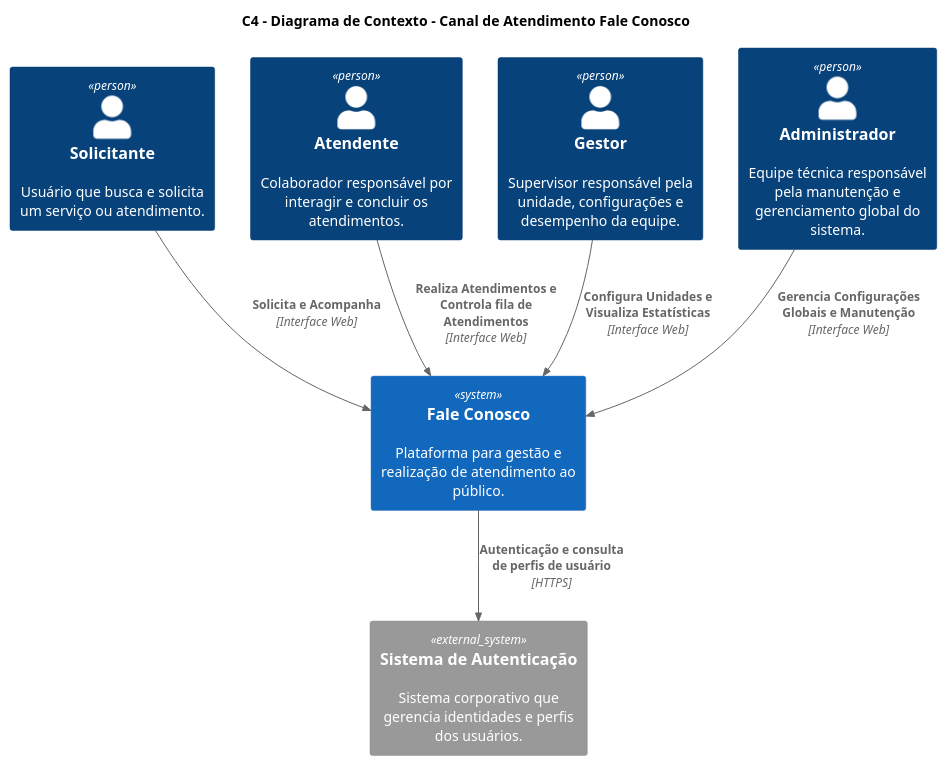
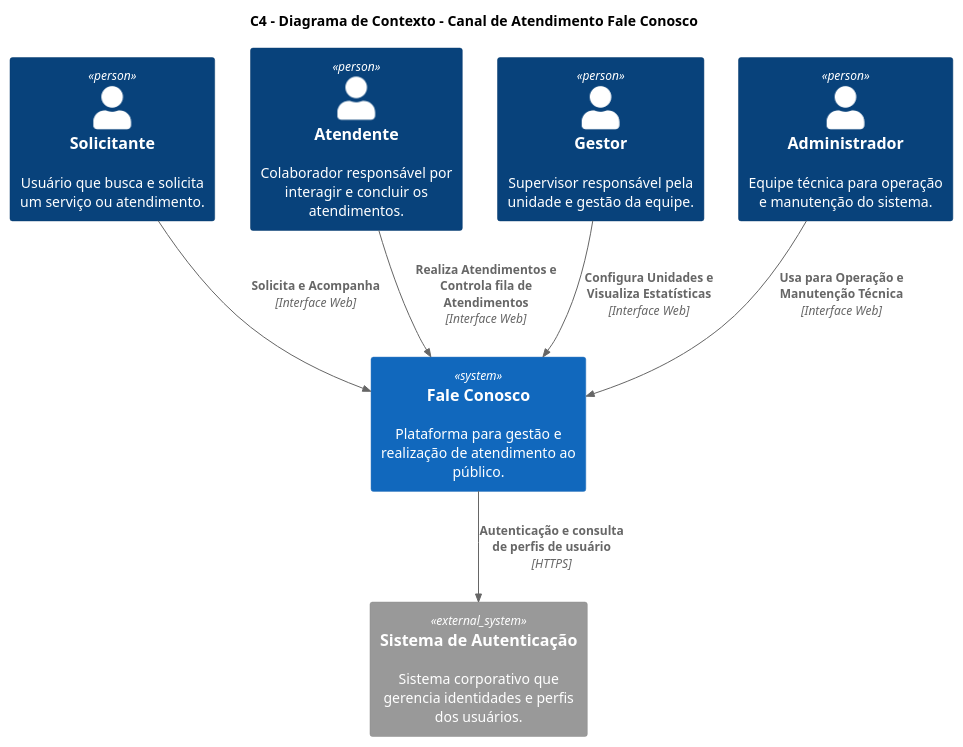
Before and after one commit to DeMesquita/Projeto-Software: the diagram in Trabalho Final/diagrama_contexto.puml, drawn with PlantUML. The commit also changed 4 other files, not shown here.

```diff
--- a/Trabalho Final/diagrama_contexto.puml
+++ b/Trabalho Final/diagrama_contexto.puml
@@ -1,26 +1,26 @@
 @startumlCanalAtendimentoFaleConosco
 title C4 - Diagrama de Contexto - Canal de Atendimento Fale Conosco
 !include <C4/C4_Context.puml>
 
 ' Sistema
 System(faleconosco, "Fale Conosco", "Plataforma para gestão e realização de atendimento ao público.")
 ' Sistema Externo
 System_Ext(auth_system, "Sistema de Autenticação", "Sistema corporativo que gerencia identidades e perfis dos usuários.") 
 
 ' Pessoas
 Person(solicitante, "Solicitante", "Usuário que busca e solicita um serviço ou atendimento.")
 Person(atendente, "Atendente", "Colaborador responsável por interagir e concluir os atendimentos.")
-Person(gestor, "Gestor", "Supervisor responsável pela unidade, configurações e desempenho da equipe.")
-Person(admin, "Administrador", "Equipe técnica responsável pela manutenção e gerenciamento global do sistema.")
+Person(gestor, "Gestor", "Supervisor responsável pela unidade e gestão da equipe.")
+Person(admin, "Administrador", "Equipe técnica para operação e manutenção do sistema.")
 
 ' Relacionamentos
 Rel(solicitante, faleconosco, "Solicita e Acompanha", "Interface Web")
 Rel(atendente, faleconosco, "Realiza Atendimentos e Controla fila de Atendimentos", "Interface Web")
 Rel(gestor, faleconosco, "Configura Unidades e Visualiza Estatísticas", "Interface Web")
-Rel(admin, faleconosco, "Gerencia Configurações Globais e Manutenção", "Interface Web")
+Rel(admin, faleconosco, "Usa para Operação e Manutenção Técnica", "Interface Web")
 
 ' Relacionamentos com Sistemas Externos
 Rel(faleconosco, auth_system, "Autenticação e consulta de perfis de usuário", "HTTPS") 
 
 
 @enduml
```
